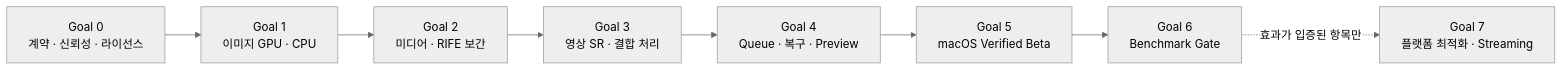
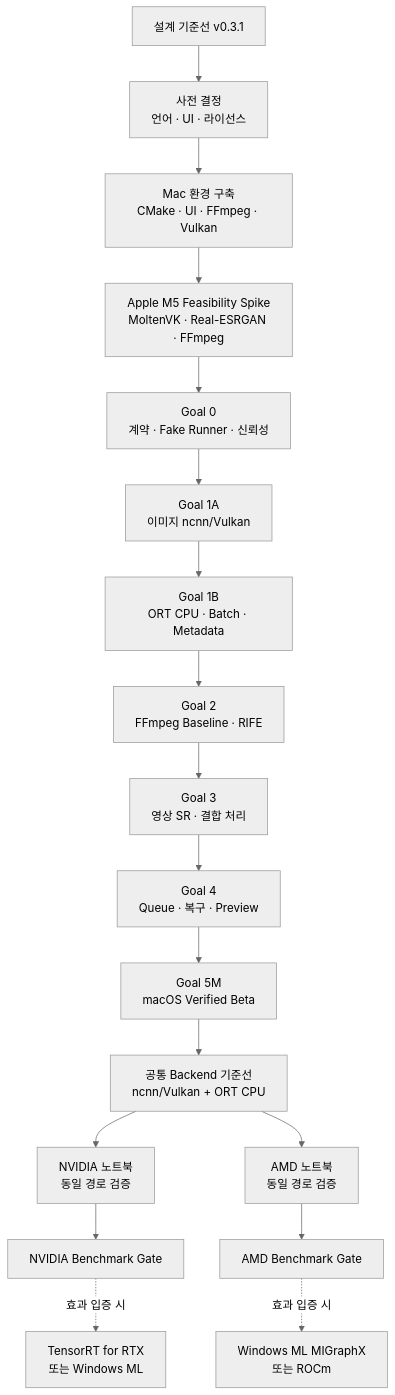
Before and after one commit to zooslab/zoos-upscale: the ninth of 9 diagrams in ARCHITECTURE.md, drawn with Mermaid (neutral theme). The commit also changed other lines of this file and 1 other file, not shown here.

First line of the commit message:
docs: Mac 우선 개발 로드맵 구체화

````diff
--- a/ARCHITECTURE.md
+++ b/ARCHITECTURE.md
@@ -378,10 +390,23 @@
 ```mermaid
-flowchart LR
-    G0["Goal 0<br/>계약 · 신뢰성 · 라이선스"] --> G1["Goal 1<br/>이미지 GPU · CPU"]
-    G1 --> G2["Goal 2<br/>미디어 · RIFE 보간"]
+flowchart TB
+    D["설계 기준선 v0.3.1"] --> S0["사전 결정<br/>언어 · UI · 라이선스"]
+    S0 --> S1["Mac 환경 구축<br/>CMake · UI · FFmpeg · Vulkan"]
+    S1 --> S2["Apple M5 Feasibility Spike<br/>MoltenVK · Real-ESRGAN · FFmpeg"]
+
+    S2 --> G0["Goal 0<br/>계약 · Fake Runner · 신뢰성"]
+    G0 --> G1A["Goal 1A<br/>이미지 ncnn/Vulkan"]
+    G1A --> G1B["Goal 1B<br/>ORT CPU · Batch · Metadata"]
+    G1B --> G2["Goal 2<br/>FFmpeg Baseline · RIFE"]
     G2 --> G3["Goal 3<br/>영상 SR · 결합 처리"]
     G3 --> G4["Goal 4<br/>Queue · 복구 · Preview"]
-    G4 --> G5["Goal 5<br/>macOS Verified Beta"]
-    G5 --> G6["Goal 6<br/>Benchmark Gate"]
-    G6 -. 효과가 입증된 항목만 .-> G7["Goal 7<br/>플랫폼 최적화 · Streaming"]
+    G4 --> G5M["Goal 5M<br/>macOS Verified Beta"]
+
+    G5M --> BASE["공통 Backend 기준선<br/>ncnn/Vulkan + ORT CPU"]
+    BASE --> NV["NVIDIA 노트북<br/>동일 경로 검증"]
+    BASE --> AMD["AMD 노트북<br/>동일 경로 검증"]
+
+    NV --> G6N["NVIDIA Benchmark Gate"]
+    AMD --> G6A["AMD Benchmark Gate"]
+    G6N -. 효과 입증 시 .-> G7N["TensorRT for RTX<br/>또는 Windows ML"]
+    G6A -. 효과 입증 시 .-> G7A["Windows ML MIGraphX<br/>또는 ROCm"]
 ```
````
